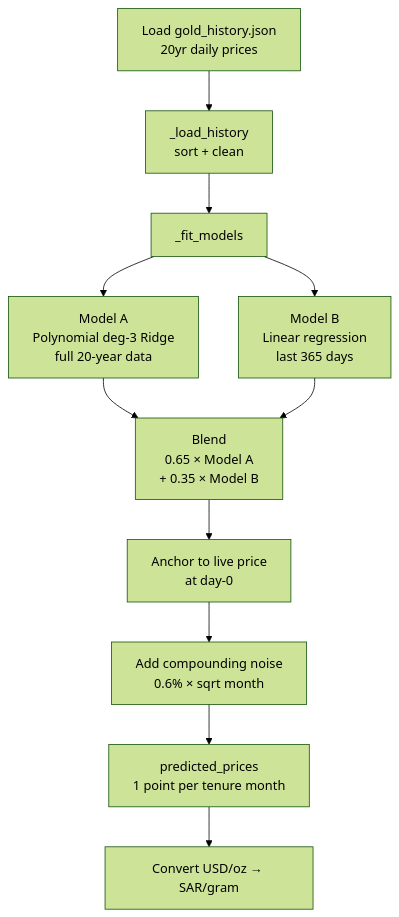
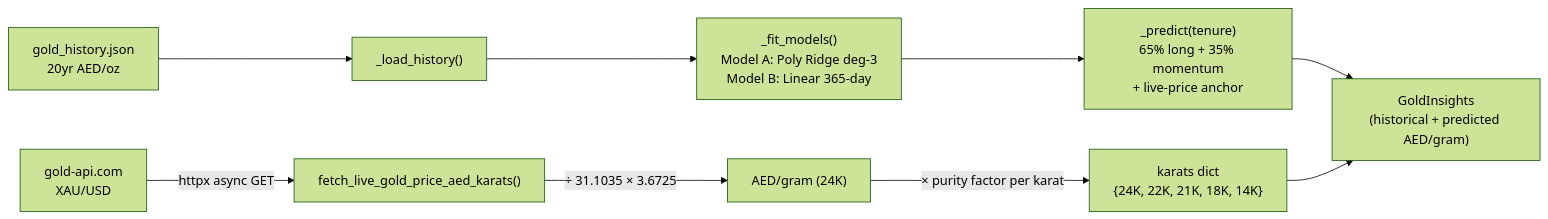
The third of 4 diagrams in docs/ARCHITECTURE.md (ManishKhulbe/GOLD-LTV-AI-calculator), drawn with Mermaid (forest theme) before and after one commit. The commit also changed other lines of this file and 9 other files, not shown here.

````diff
--- a/docs/ARCHITECTURE.md
+++ b/docs/ARCHITECTURE.md
@@ -268,13 +180,11 @@
 ```mermaid
-flowchart TD
-    A[Load gold_history.json\n20yr daily prices] --> B[_load_history\nsort + clean]
-    B --> C[_fit_models]
-    C --> D[Model A\nPolynomial deg-3 Ridge\nfull 20-year data]
-    C --> E[Model B\nLinear regression\nlast 365 days]
-    D --> F[Blend\n0.65 × Model A\n+ 0.35 × Model B]
-    E --> F
-    F --> G[Anchor to live price\nat day-0]
-    G --> H[Add compounding noise\n0.6% × sqrt month]
-    H --> I[predicted_prices\n1 point per tenure month]
-    I --> J[Convert USD/oz → SAR/gram]
+flowchart LR
+    A["gold-api.com\nXAU/USD"] -->|"httpx async GET"| B["fetch_live_gold_price_aed_karats()"]
+    B -->|"÷ 31.1035 × 3.6725"| C["AED/gram (24K)"]
+    C -->|"× purity factor per karat"| D["karats dict\n{24K, 22K, 21K, 18K, 14K}"]
+    E["gold_history.json\n20yr AED/oz"] --> F["_load_history()"]
+    F --> G["_fit_models()\nModel A: Poly Ridge deg-3\nModel B: Linear 365-day"]
+    G --> H["_predict(tenure)\n65% long + 35% momentum\n+ live-price anchor"]
+    H --> I["GoldInsights\n(historical + predicted AED/gram)"]
+    D --> I
 ```
````
